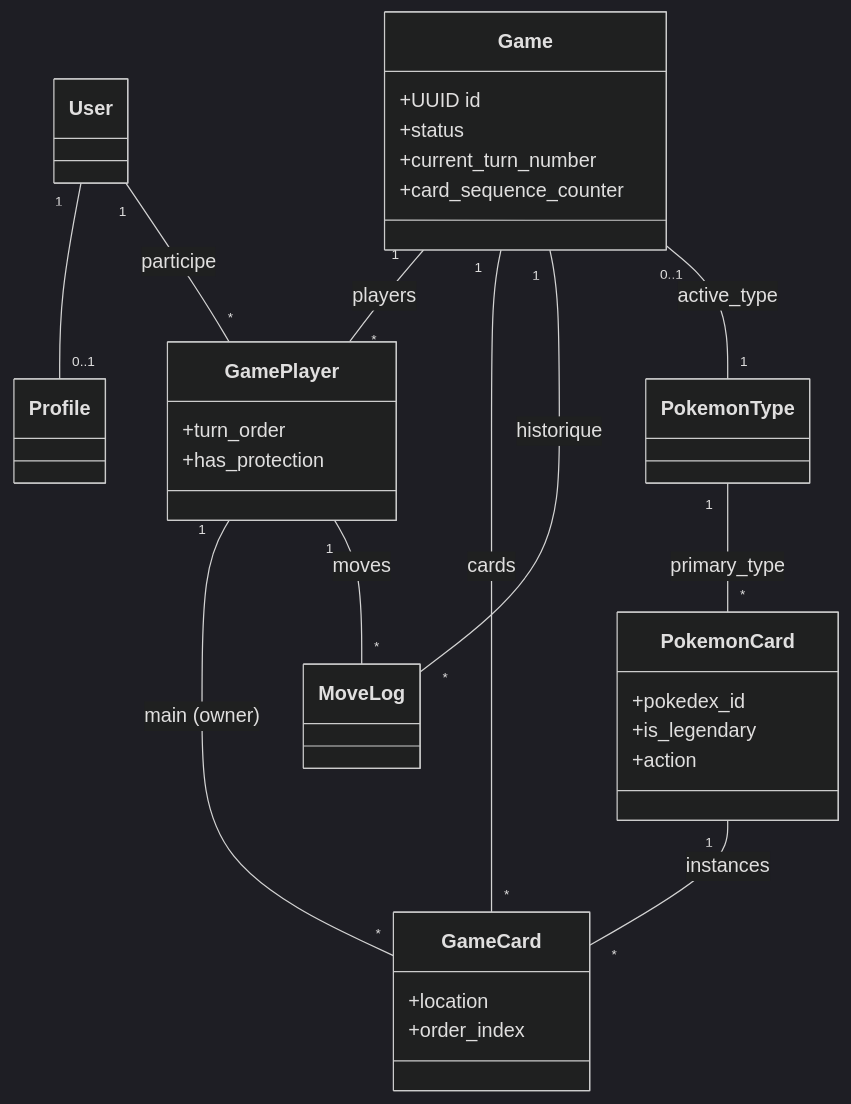
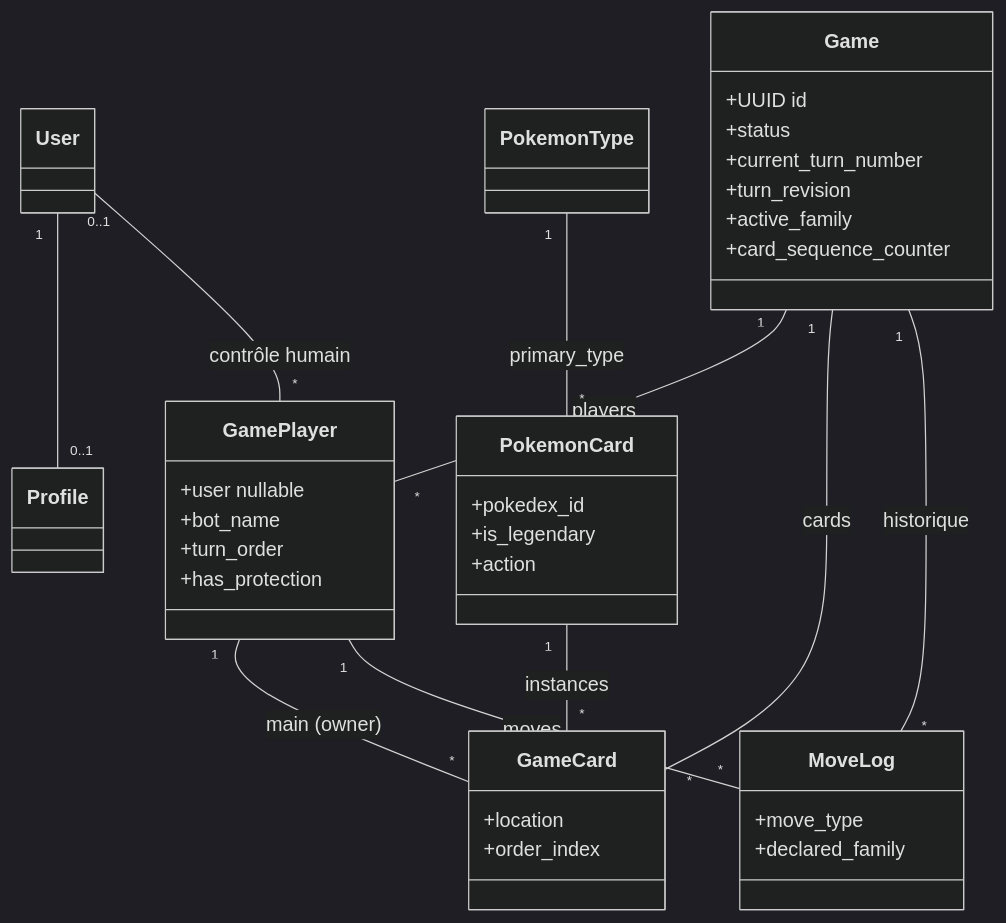
Before and after one commit to theohugo/Projet-carte: the first of 2 diagrams in README.md, drawn with Mermaid (dark theme). The commit also changed other lines of this file and 23 other files, not shown here.

````diff
--- a/README.md
+++ b/README.md
@@ -60,33 +83,40 @@
 ```mermaid
 classDiagram
     User "1" -- "0..1" Profile
-    User "1" -- "*" GamePlayer : participe
+    User "0..1" -- "*" GamePlayer : contrôle humain
     Game "1" -- "*" GamePlayer : players
     Game "1" -- "*" GameCard : cards
     Game "1" -- "*" MoveLog : historique
-    Game "0..1" -- "1" PokemonType : active_type
     PokemonType "1" -- "*" PokemonCard : primary_type
     PokemonCard "1" -- "*" GameCard : instances
     GamePlayer "1" -- "*" GameCard : main (owner)
     GamePlayer "1" -- "*" MoveLog : moves
 
     class Game {
         +UUID id
         +status
         +current_turn_number
+        +turn_revision
+        +active_family
         +card_sequence_counter
     }
     class GameCard {
         +location
         +order_index
     }
     class PokemonCard {
         +pokedex_id
         +is_legendary
         +action
     }
     class GamePlayer {
+        +user nullable
+        +bot_name
         +turn_order
         +has_protection
     }
+    class MoveLog {
+        +move_type
+        +declared_family
+    }
 ```
````
